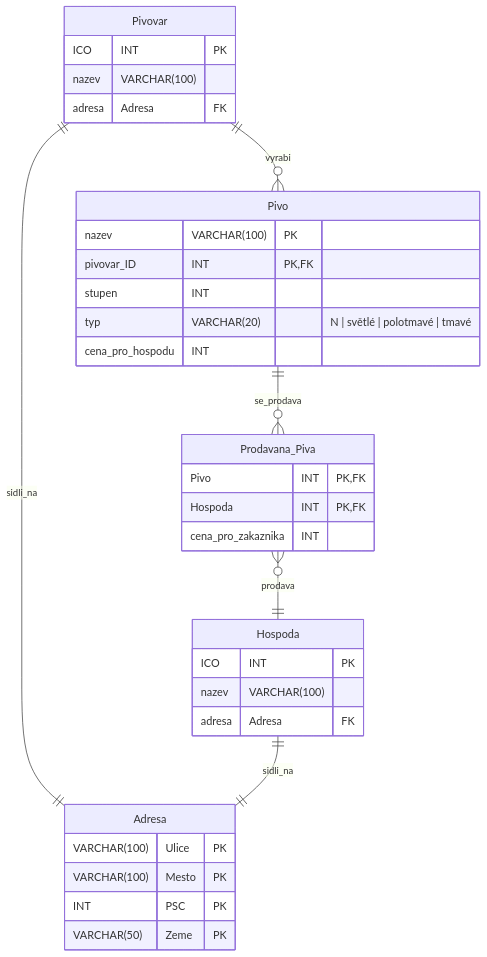
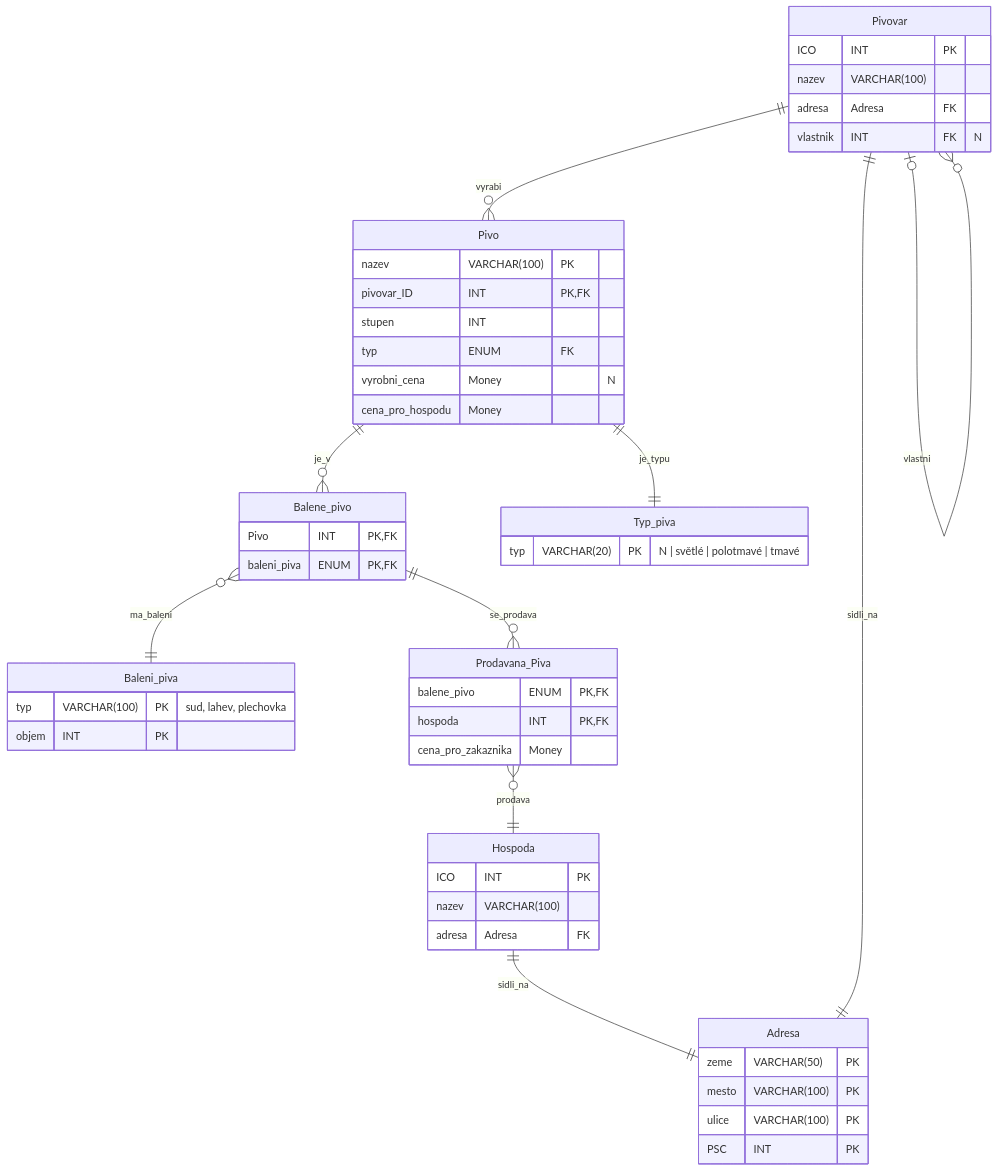
One commit to TUL-IT-2020/RDB-Rizeni_databazi changed the diagram in cviceni/cv03_Pivovary.md. Above: the diagram before and after it, drawn with Mermaid. The commit also changed 1 other file, not shown here.

Commit message:
Aktualizace pivovaru

````diff
--- a/cviceni/cv03_Pivovary.md
+++ b/cviceni/cv03_Pivovary.md
@@ -7,39 +7,61 @@
 ```mermaid
 erDiagram
     Pivovar {
 	    ICO INT PK
         nazev VARCHAR(100)
         adresa Adresa FK
+        vlastnik INT FK "N"
     }
+    
     Pivo {
         nazev VARCHAR(100) PK
         pivovar_ID INT PK, FK
         stupen INT
-        typ VARCHAR(20) "N | světlé | polotmavé | tmavé"
-        cena_pro_hospodu INT
+        typ ENUM FK 
+        vyrobni_cena Money "N"
+        cena_pro_hospodu Money
     }
+
+    Balene_pivo {
+		Pivo INT PK, FK
+		baleni_piva ENUM PK, FK
+    }
+
+	Typ_piva {
+		typ VARCHAR(20) PK "N | světlé | polotmavé | tmavé"
+	}
+
+	Baleni_piva {
+		typ VARCHAR(100) PK "sud, lahev, plechovka"
+		objem INT PK
+	}
+    
     Hospoda {
 	    ICO INT PK
         nazev VARCHAR(100)
         adresa Adresa FK
     }
 
 	Prodavana_Piva {
-		Pivo INT PK, FK
-		Hospoda INT PK, FK
-		cena_pro_zakaznika INT
+        balene_pivo ENUM PK, FK
+		hospoda INT PK, FK
+		cena_pro_zakaznika Money
 	}
 
 	Adresa {
-        VARCHAR(100) Ulice  PK
-        VARCHAR(100) Mesto PK
-        INT PSC PK
-        VARCHAR(50) Zeme PK
+        zeme VARCHAR(50) PK
+        mesto VARCHAR(100) PK
+        ulice VARCHAR(100) PK
+        PSC INT  PK
     }
 
     Pivovar ||--o{ Pivo : vyrabi
-    Pivo ||--o{ Prodavana_Piva : se_prodava
+    Pivovar ||--|| Adresa : sidli_na
+    Pivovar |o--o{ Pivovar : vlastni
+    Hospoda ||--|| Adresa : sidli_na
+    Pivo ||--o{ Balene_pivo : je_v
+    Pivo ||--|| Typ_piva : je_typu
+    Balene_pivo }o--|| Baleni_piva : ma_baleni
+    Balene_pivo ||--o{ Prodavana_Piva : se_prodava
     Prodavana_Piva }o--|| Hospoda : prodava
-    Pivovar ||--|| Adresa : sidli_na
-    Hospoda ||--|| Adresa : sidli_na
 ```
````
